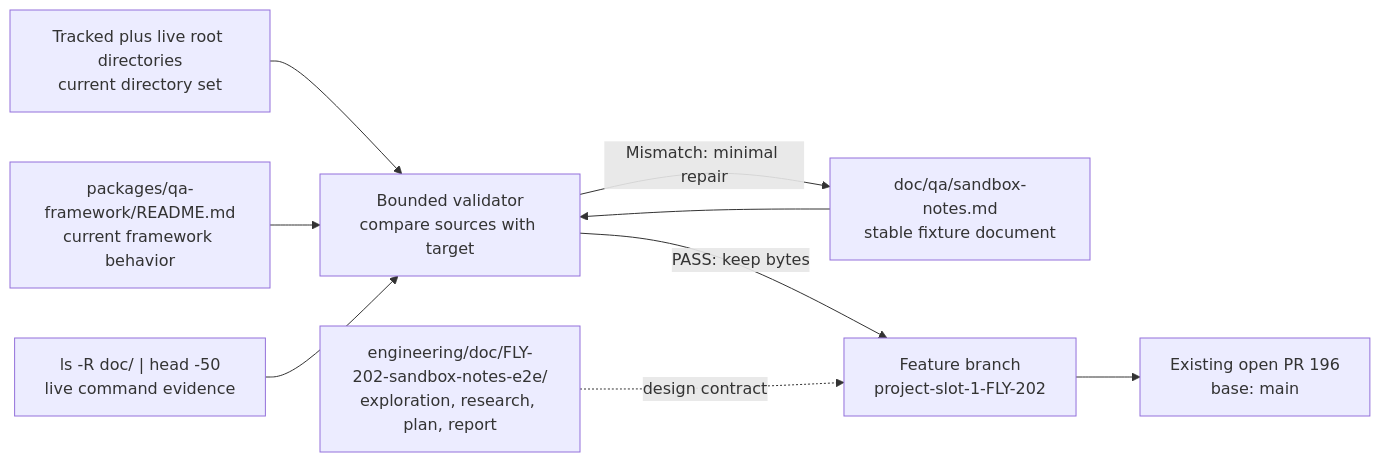
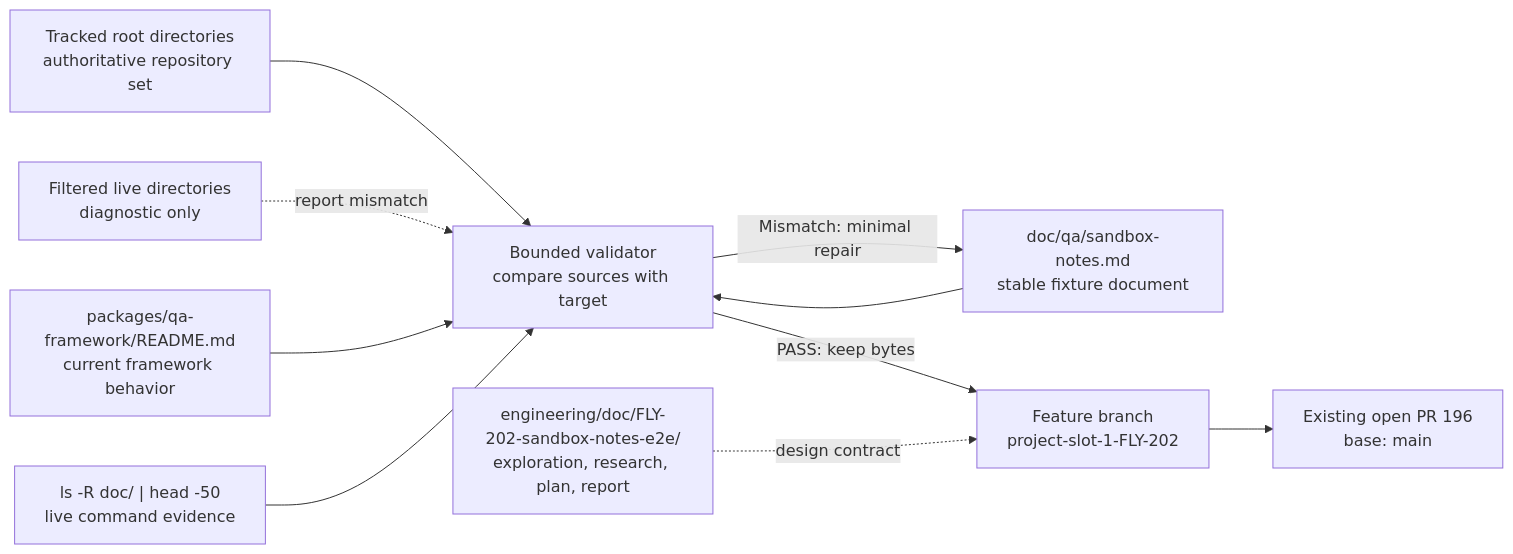
One commit to xrliAnnie/flywheel-qa-sandbox changed the diagram in engineering/doc/FLY-202-sandbox-notes-e2e/structure-model.mmd. Above: the diagram before and after it, drawn with Mermaid. The commit also changed 4 other files, not shown here.

```diff
--- a/engineering/doc/FLY-202-sandbox-notes-e2e/structure-model.mmd
+++ b/engineering/doc/FLY-202-sandbox-notes-e2e/structure-model.mmd
@@ -1,9 +1,10 @@
 flowchart LR
-    A["Tracked plus live root directories<br/>current directory set"] --> V["Bounded validator<br/>compare sources with target"]
+    A["Tracked root directories<br/>authoritative repository set"] --> V["Bounded validator<br/>compare sources with target"]
+    H["Filtered live directories<br/>diagnostic only"] -. "report mismatch" .-> V
     B["packages/qa-framework/README.md<br/>current framework behavior"] --> V
     C["ls -R doc/ | head -50<br/>live command evidence"] --> V
     D["doc/qa/sandbox-notes.md<br/>stable fixture document"] --> V
     V -->|"PASS: keep bytes"| E["Feature branch<br/>project-slot-1-FLY-202"]
     V -->|"Mismatch: minimal repair"| D
     E --> F["Existing open PR 196<br/>base: main"]
     G["engineering/doc/FLY-202-sandbox-notes-e2e/<br/>exploration, research, plan, report"] -. "design contract" .-> E
```
